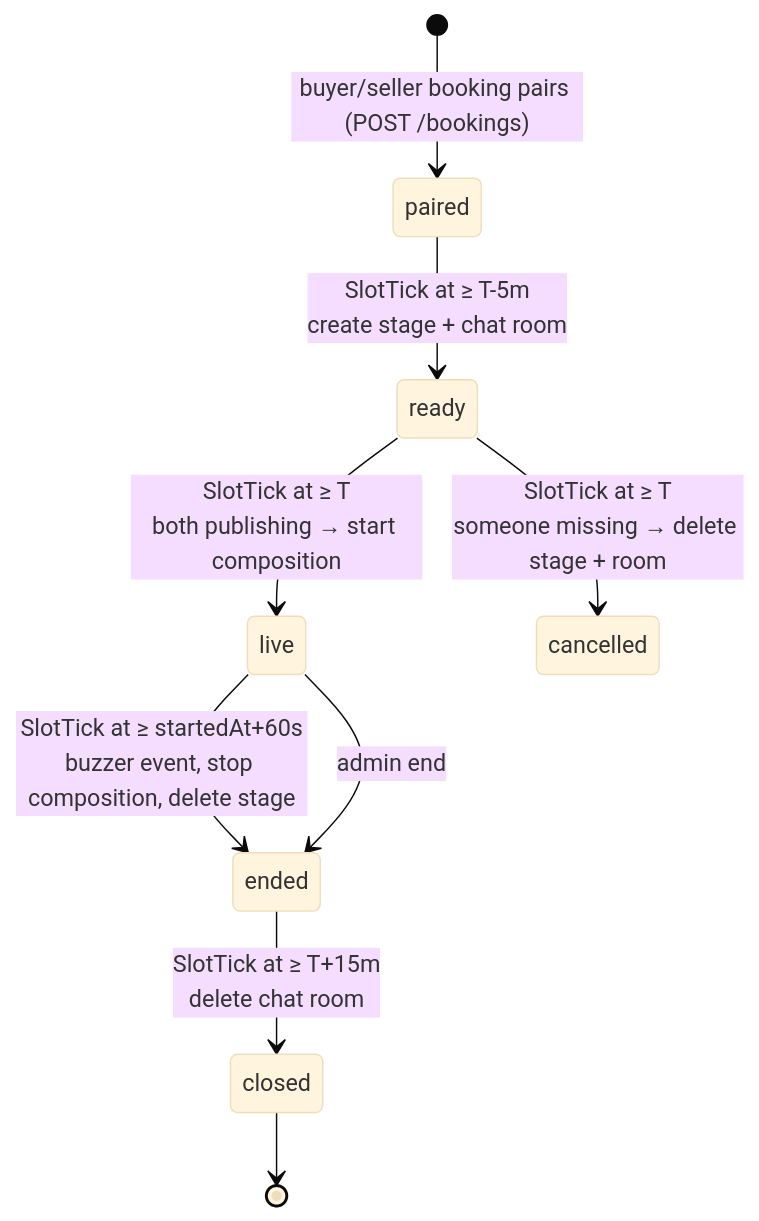
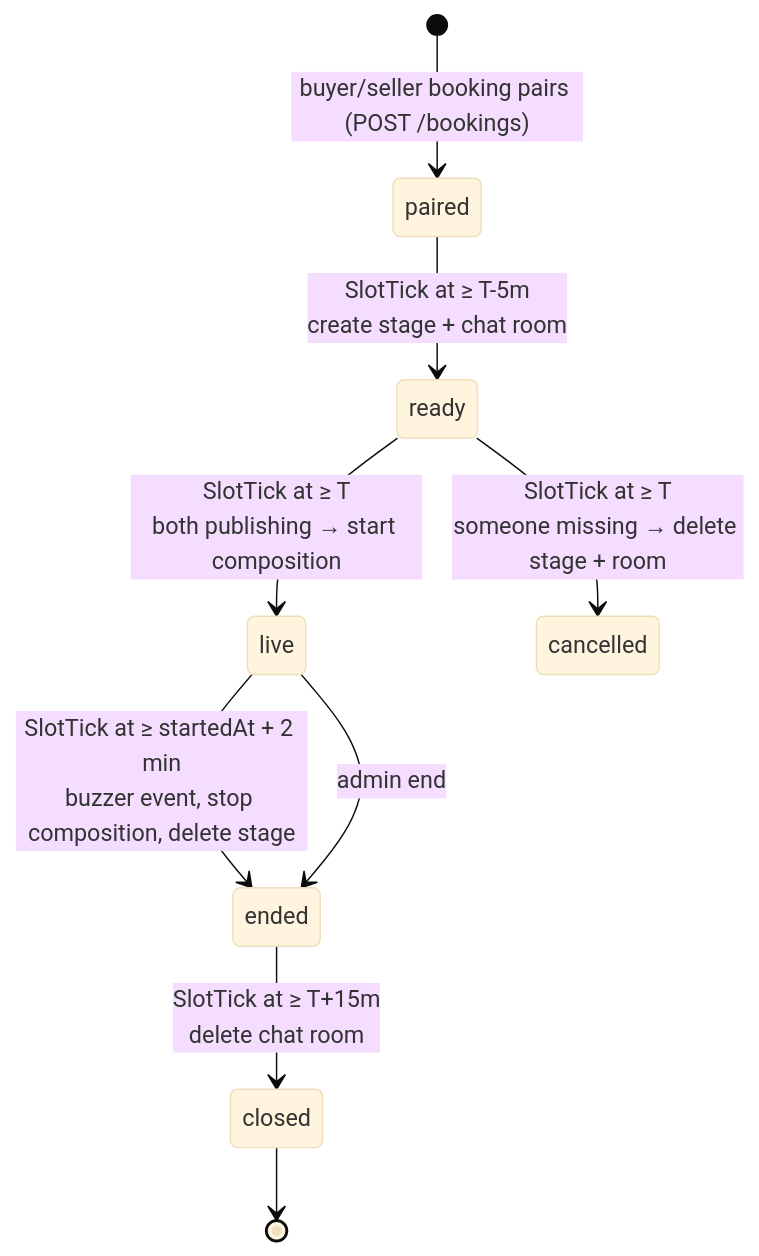
The third of 5 diagrams in docs/system_specs/architecture.md (AmitKulkarni23/pitchdrill), drawn with Mermaid (base theme) before and after one commit. The commit also changed other lines of this file and 16 other files, not shown here.

````diff
--- a/docs/system_specs/architecture.md
+++ b/docs/system_specs/architecture.md
@@ -98,11 +98,11 @@
 ```mermaid
 stateDiagram-v2
   [*] --> paired: buyer/seller booking pairs (POST /bookings)
   paired --> ready: SlotTick at ≥ T-5m<br/>create stage + chat room
   ready --> live: SlotTick at ≥ T<br/>both publishing → start composition
   ready --> cancelled: SlotTick at ≥ T<br/>someone missing → delete stage + room
-  live --> ended: SlotTick at ≥ startedAt+60s<br/>buzzer event, stop composition, delete stage
+  live --> ended: SlotTick at ≥ startedAt + 2 min<br/>buzzer event, stop composition, delete stage
   live --> ended: admin end
   ended --> closed: SlotTick at ≥ T+15m<br/>delete chat room
   closed --> [*]
 ```
````
